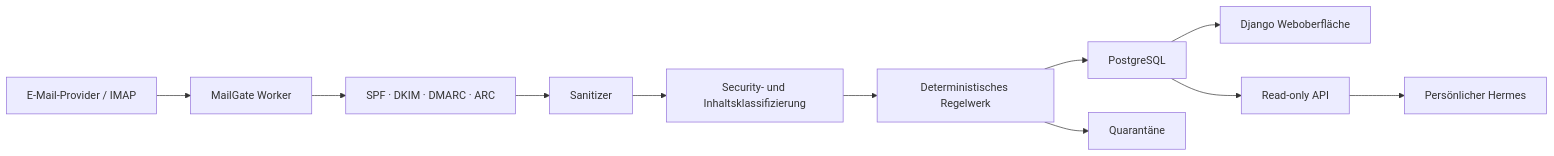
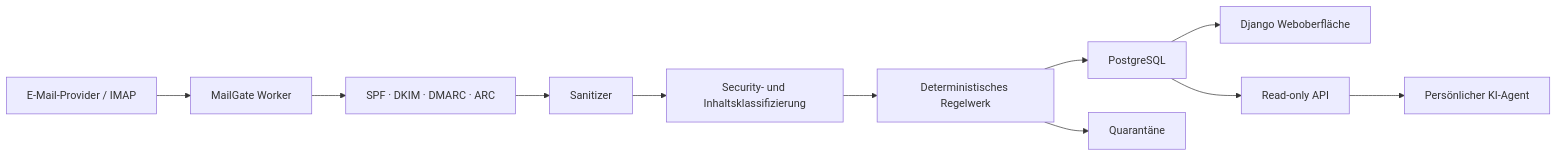
The diagram in docs/projektplan.md (AlfMueller/mailgate), drawn with Mermaid before and after one commit. The commit also changed other lines of this file and 6 other files, not shown here.

Commit message:
Replace Hermes with generic AI agent terminology

````diff
--- a/docs/projektplan.md
+++ b/docs/projektplan.md
@@ -304,13 +304,13 @@
 ```mermaid
 flowchart LR
     IMAP["E-Mail-Provider / IMAP"] --> Worker["MailGate Worker"]
     Worker --> Auth["SPF · DKIM · DMARC · ARC"]
     Auth --> Clean["Sanitizer"]
     Clean --> Scan["Security- und Inhaltsklassifizierung"]
     Scan --> Policy["Deterministisches Regelwerk"]
     Policy --> DB["PostgreSQL"]
     DB --> UI["Django Weboberfläche"]
     DB --> API["Read-only API"]
-    API --> Hermes["Persönlicher Hermes"]
+    API --> Agent["Persönlicher KI-Agent"]
     Policy --> Quarantine["Quarantäne"]
 ```
````
